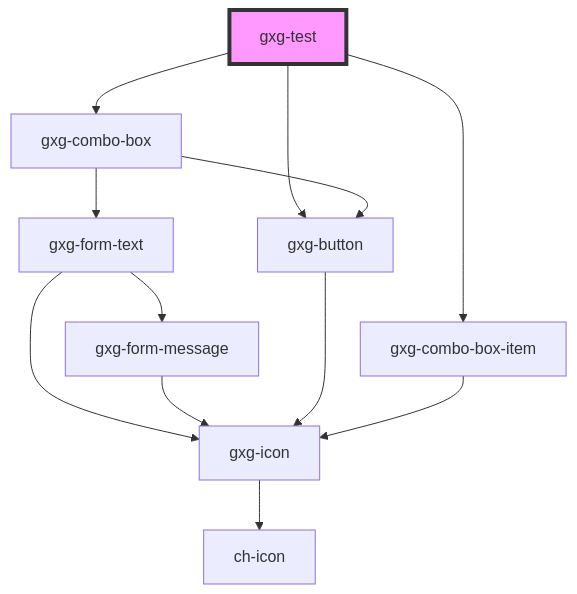
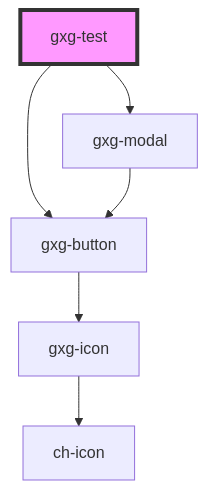
Before and after one commit to genexuslabs/gemini: the diagram in src/components/test/readme.md, drawn with Mermaid. The commit also changed other lines of this file and 7 other files, not shown here.

````diff
--- a/src/components/test/readme.md
+++ b/src/components/test/readme.md
@@ -22,15 +21,9 @@
 ```mermaid
 graph TD;
-  gxg-test --> gxg-combo-box
-  gxg-test --> gxg-combo-box-item
+  gxg-test --> gxg-modal
   gxg-test --> gxg-button
-  gxg-combo-box --> gxg-form-text
-  gxg-combo-box --> gxg-button
-  gxg-form-text --> gxg-icon
-  gxg-form-text --> gxg-form-message
+  gxg-modal --> gxg-button
+  gxg-button --> gxg-icon
   gxg-icon --> ch-icon
-  gxg-form-message --> gxg-icon
-  gxg-button --> gxg-icon
-  gxg-combo-box-item --> gxg-icon
   style gxg-test fill:#f9f,stroke:#333,stroke-width:4px
 ```
````
